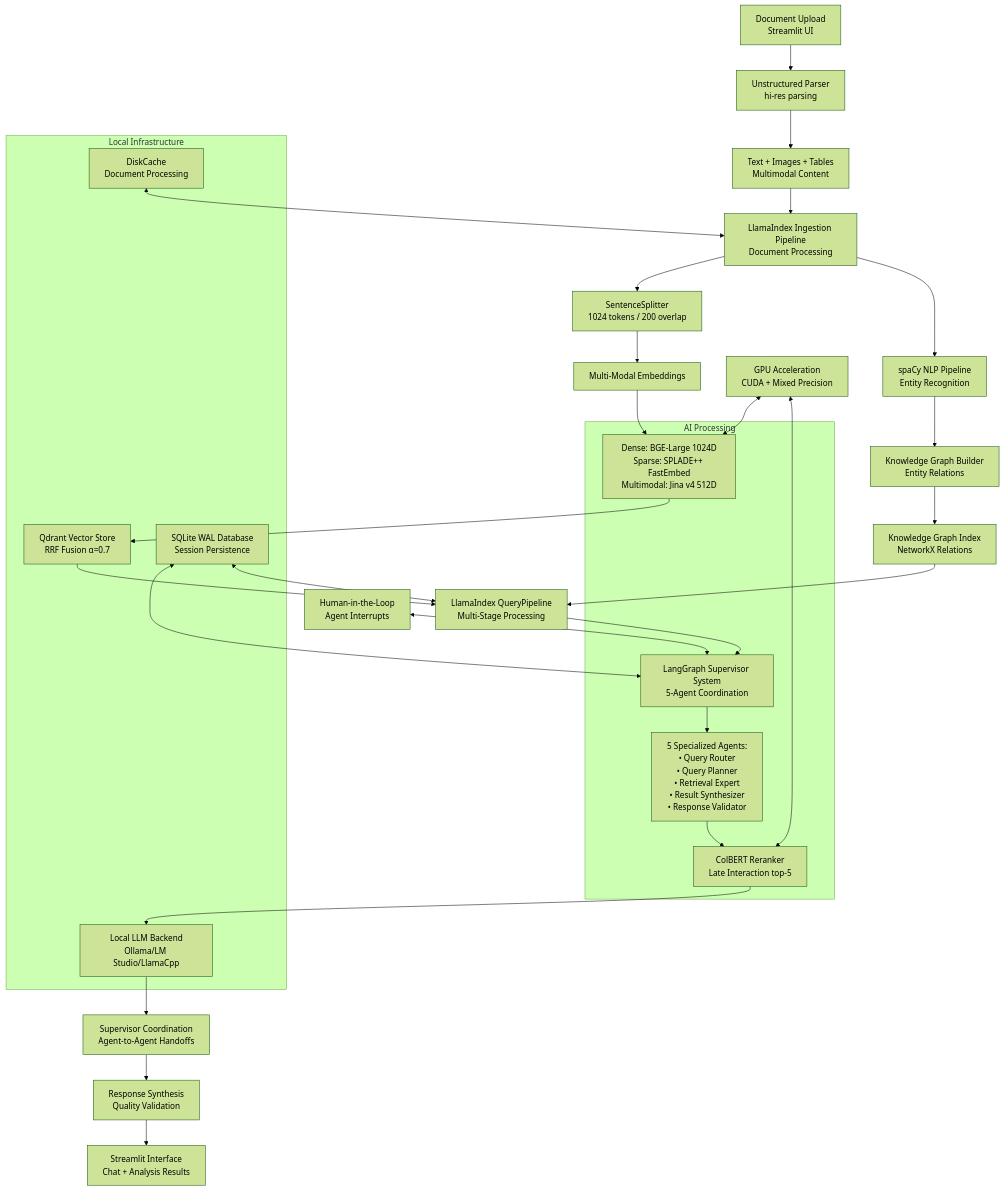
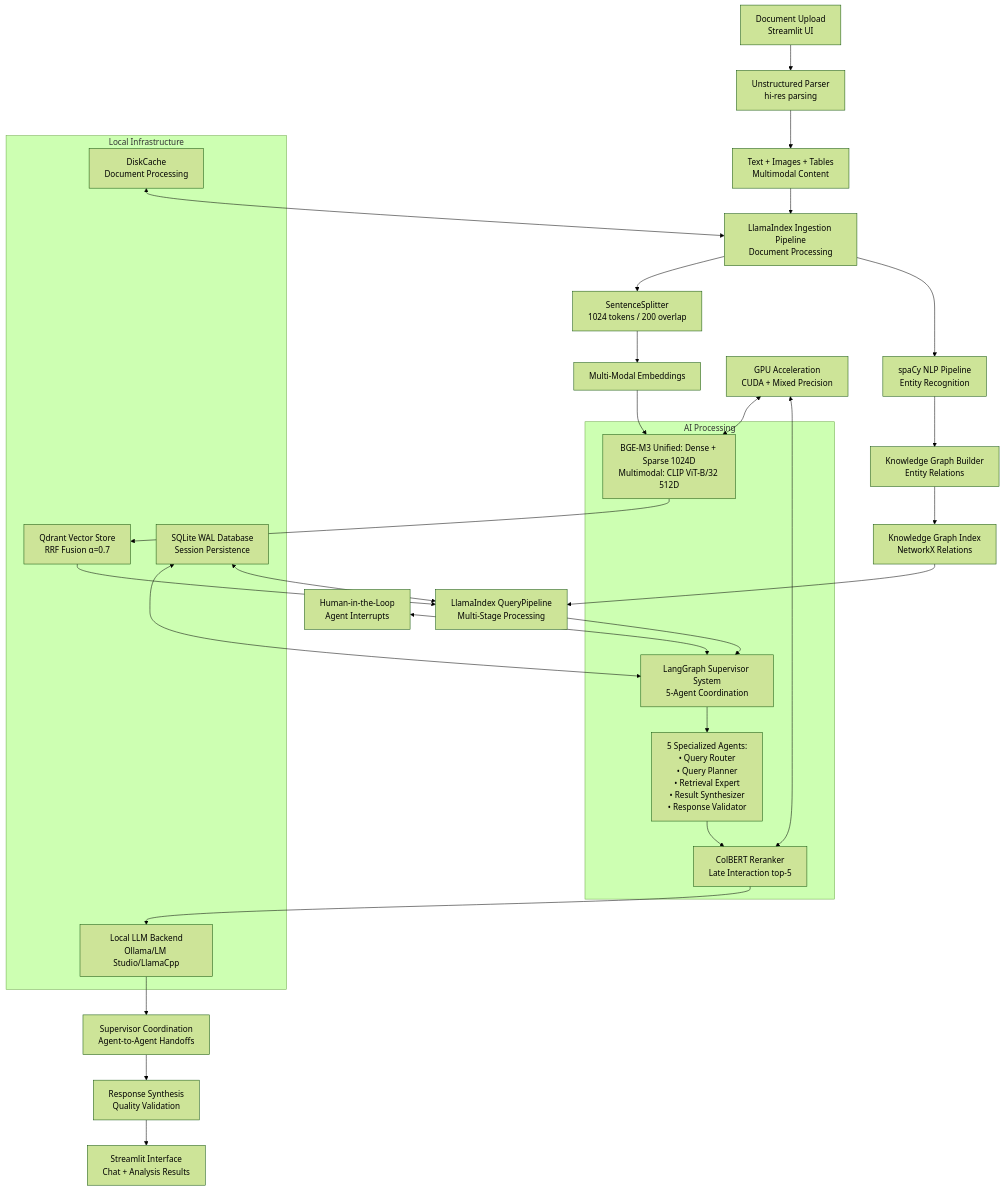
Before and after one commit to BjornMelin/docmind-ai-llm: the diagram in README.md, drawn with Mermaid (forest theme). The commit also changed other lines of this file and 34 other files, not shown here.

````diff
--- a/README.md
+++ b/README.md
@@ -469,50 +469,50 @@
 ```mermaid
 graph TD
     A[Document Upload<br/>Streamlit UI] --> B[Unstructured Parser<br/>hi-res parsing]
     B --> C[Text + Images + Tables<br/>Multimodal Content]
     C --> D[LlamaIndex Ingestion Pipeline<br/>Document Processing]
     
     D --> E[SentenceSplitter<br/>1024 tokens / 200 overlap]
     D --> F[spaCy NLP Pipeline<br/>Entity Recognition]
     
     E --> G[Multi-Modal Embeddings]
     F --> H[Knowledge Graph Builder<br/>Entity Relations]
     
-    G --> I[Dense: BGE-Large 1024D<br/>Sparse: SPLADE++ FastEmbed<br/>Multimodal: Jina v4 512D]
+    G --> I[BGE-M3 Unified: Dense + Sparse 1024D<br/>Multimodal: CLIP ViT-B/32 512D]
     I --> J[Qdrant Vector Store<br/>RRF Fusion α=0.7]
     
     H --> K[Knowledge Graph Index<br/>NetworkX Relations]
     
     J --> L[LlamaIndex QueryPipeline<br/>Multi-Stage Processing]
     K --> L
     
     L --> M[LangGraph Supervisor System<br/>5-Agent Coordination]
     M --> N[5 Specialized Agents:<br/>• Query Router<br/>• Query Planner<br/>• Retrieval Expert<br/>• Result Synthesizer<br/>• Response Validator]
     
     N --> O[ColBERT Reranker<br/>Late Interaction top-5]
     O --> P[Local LLM Backend<br/>Ollama/LM Studio/LlamaCpp]
     P --> Q[Supervisor Coordination<br/>Agent-to-Agent Handoffs]
     Q --> R[Response Synthesis<br/>Quality Validation]
     R --> S[Streamlit Interface<br/>Chat + Analysis Results]
     
     T[SQLite WAL Database<br/>Session Persistence] <--> M
     T <--> L
     U[DiskCache<br/>Document Processing] <--> D
     V[GPU Acceleration<br/>CUDA + Mixed Precision] <--> I
     V <--> O
     W[Human-in-the-Loop<br/>Agent Interrupts] <--> M
     
     subgraph "Local Infrastructure"
         P
         T
         U
         J
     end
     
     subgraph "AI Processing"
         I
         O
         M
         N
     end
 ```
````
